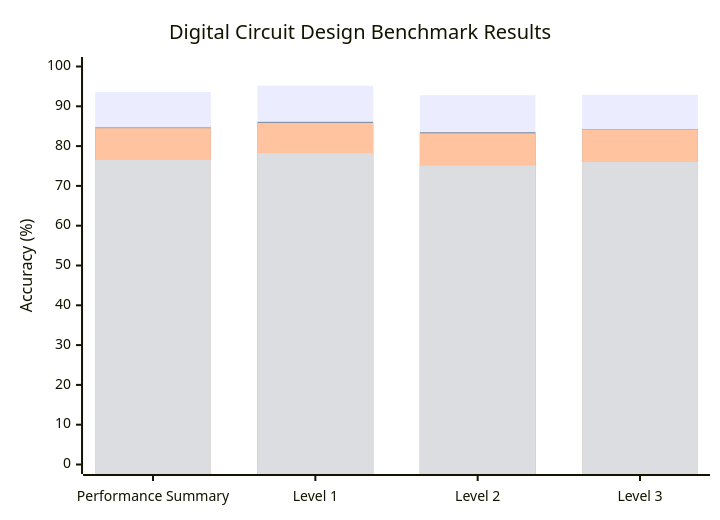
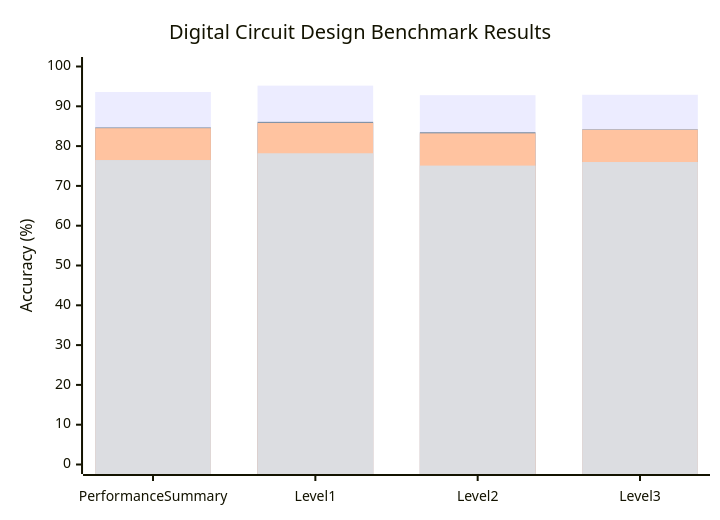
The diagram in README.md (duonggiang156/banchmark-edabk), drawn with Mermaid before and after one commit. The commit also changed other lines of this file, not shown here.

````diff
--- a/README.md
+++ b/README.md
@@ -56,11 +56,11 @@
 ```mermaid
 %%{init: {'theme':'default', 'themeVariables': { 'primaryColor': '#FFFFFF', 'primaryTextColor': '#2C3E50', 'primaryBorderColor': '#34495E', 'lineColor': '#2C3E50', 'secondaryColor': '#2C3E50', 'tertiaryColor': '#2C3E50', 'background': '#FFFFFF', 'mainBkg': '#FFFFFF', 'cScale0': '#27AE60', 'cScale1': '#3498DB', 'cScale2': '#E67E22', 'cScale3': '#E74C3C'}}}%%
 xychart-beta
     title "Digital Circuit Design Benchmark Results"
-    x-axis ["Performance Summary", "Level 1", "Level 2", "Level 3"]
+    x-axis [Performance Summary, Level 1, Level 2, Level 3]
     y-axis "Accuracy (%)" 0 --> 100
-    bar "Our Package (DC)" [93.6, 95.2, 92.8, 92.9]
-    bar "Claude-3.5" [84.7, 86.1, 83.5, 84.2]
-    bar "GPT-4" [84.5, 85.8, 83.2, 84.1]
-    bar "Gemini Pro" [76.5, 78.2, 75.1, 76.0]
+    bar [93.6, 95.2, 92.8, 92.9]
+    bar [84.7, 86.1, 83.5, 84.2]
+    bar [84.5, 85.8, 83.2, 84.1]
+    bar [76.5, 78.2, 75.1, 76.0]
 ```
````
